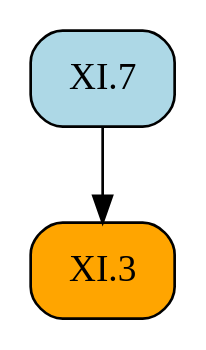
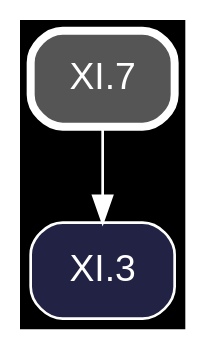
Before and after one commit to geometor/elements: the diagram in docsrc/heath/XI/7/index.rst, drawn with Graphviz. The commit also changed other lines of this file and 1200 other files, not shown here.

Commit message:
update dependency graphs

```diff
--- a/docsrc/heath/XI/7/index.rst
+++ b/docsrc/heath/XI/7/index.rst
@@ -33,9 +33,11 @@
 .. graphviz::
 
    digraph {
+     bgcolor="black";
+     node [shape=box, style="rounded,filled", fontname="Helvetica", color="white", fontcolor="white"];
+     edge [color="white", fontcolor="white"];
      rankdir="TB";
-     node [shape=box, style=rounded];
-     "XI.3" [style="rounded,filled", fillcolor=orange, URL="/heath/XI/3/", target="_top"];
-     "XI.7" [style="rounded,filled", fillcolor=lightblue, URL="/heath/XI/7/", target="_top"];
+     "XI.3" [fillcolor="#222244", URL="/heath/XI/3/", target="_top"];
+     "XI.7" [penwidth=3, color="white", fillcolor="#555555", URL="/heath/XI/7/", target="_top"];
      "XI.7" -> "XI.3";
    }
```
